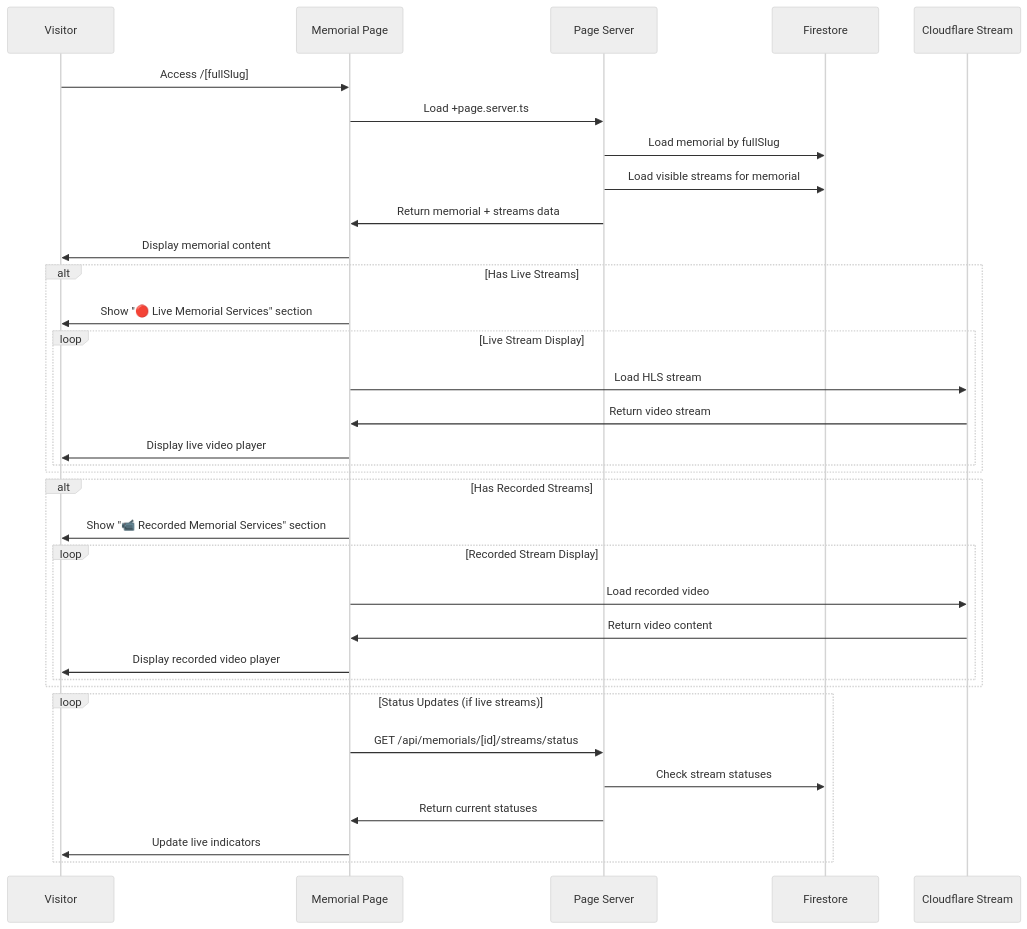
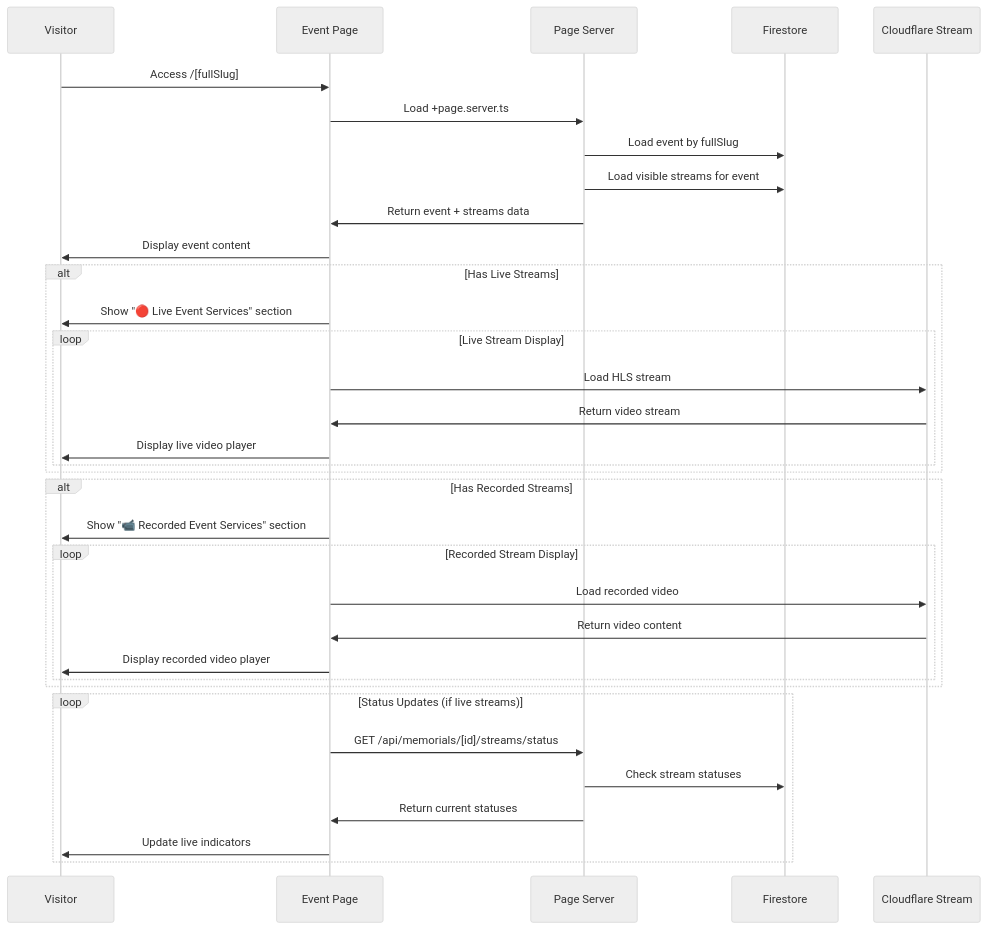
Before and after one commit to TimeMachine1994/081925-SvelteTweb: the sixth of 9 diagrams in Old Docs01/old docsdocs/07-integration-flows.md, drawn with Mermaid (neutral theme). The commit also changed other lines of this file and 418 other files, not shown here.

First line of the commit message:
docs: update terminology from "memorial" to "event" across admin documentation

````diff
--- a/Old Docs01/old docsdocs/07-integration-flows.md
+++ b/Old Docs01/old docsdocs/07-integration-flows.md
@@ -179,40 +179,40 @@
 ```mermaid
 sequenceDiagram
     participant V as Visitor
-    participant UI as Memorial Page
+    participant UI as Event Page
     participant Server as Page Server
     participant FS as Firestore
     participant CF as Cloudflare Stream
 
     V->>UI: Access /[fullSlug]
     UI->>Server: Load +page.server.ts
-    Server->>FS: Load memorial by fullSlug
-    Server->>FS: Load visible streams for memorial
-    Server->>UI: Return memorial + streams data
-    UI->>V: Display memorial content
+    Server->>FS: Load event by fullSlug
+    Server->>FS: Load visible streams for event
+    Server->>UI: Return event + streams data
+    UI->>V: Display event content
 
     alt Has Live Streams
-        UI->>V: Show "🔴 Live Memorial Services" section
+        UI->>V: Show "🔴 Live Event Services" section
         loop Live Stream Display
             UI->>CF: Load HLS stream
             CF->>UI: Return video stream
             UI->>V: Display live video player
         end
     end
 
     alt Has Recorded Streams
-        UI->>V: Show "📹 Recorded Memorial Services" section
+        UI->>V: Show "📹 Recorded Event Services" section
         loop Recorded Stream Display
             UI->>CF: Load recorded video
             CF->>UI: Return video content
             UI->>V: Display recorded video player
         end
     end
 
     loop Status Updates (if live streams)
         UI->>Server: GET /api/memorials/[id]/streams/status
         Server->>FS: Check stream statuses
         Server->>UI: Return current statuses
         UI->>V: Update live indicators
     end
 ```
````
